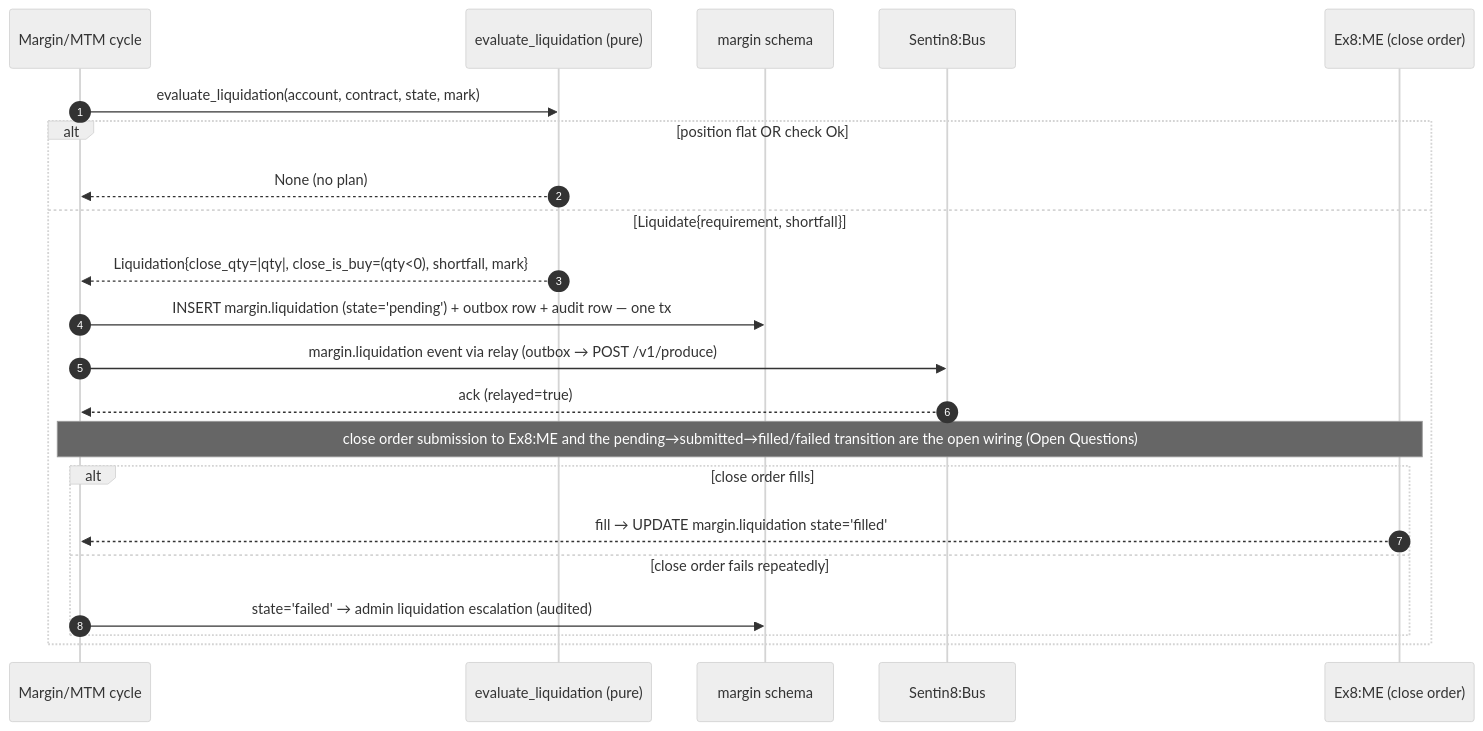
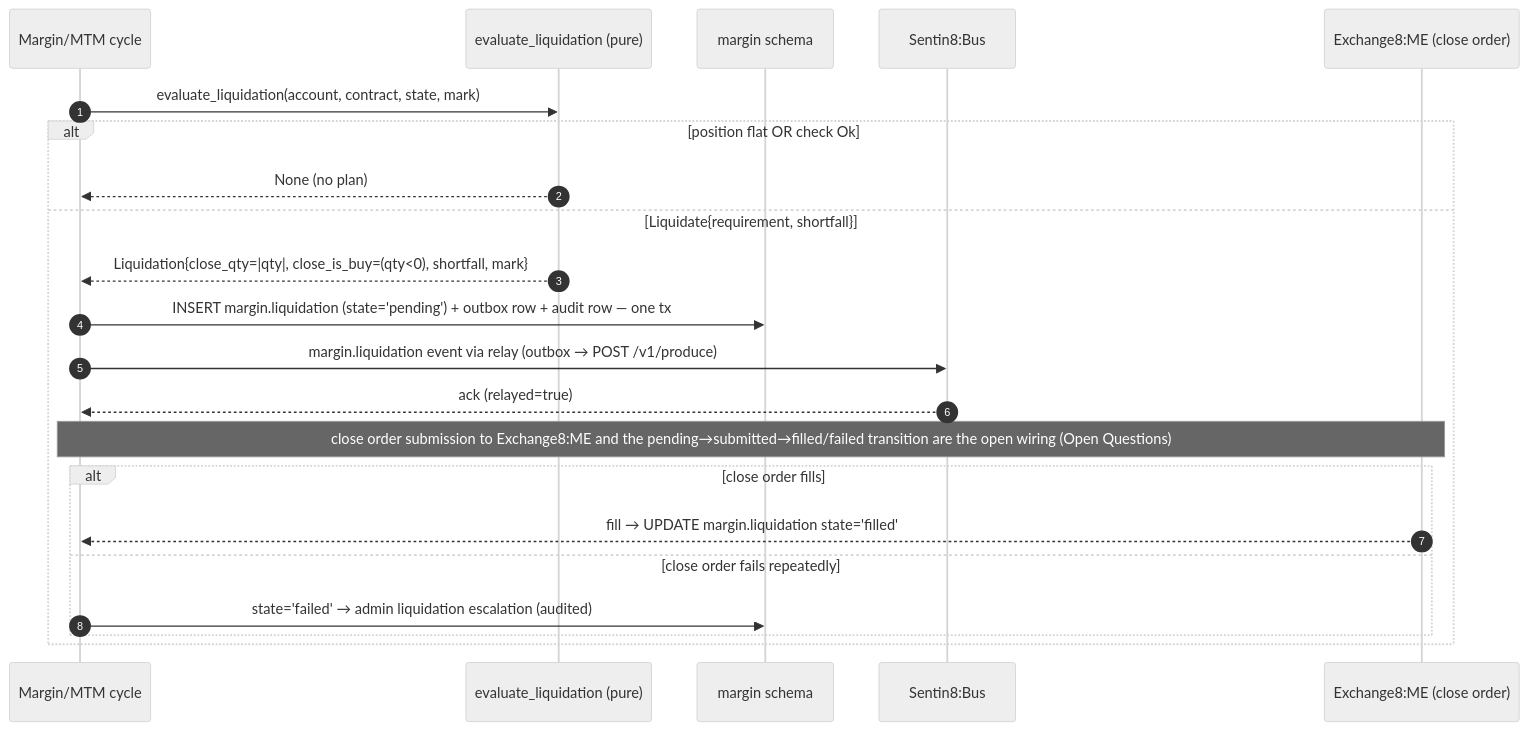
The sixth of 17 diagrams in DESIGN.md (Exchange8-dev/exchange8-margin), drawn with Mermaid (neutral theme) before and after one commit. The commit also changed other lines of this file and 10 other files, not shown here.

````diff
--- a/DESIGN.md
+++ b/DESIGN.md
@@ -257,25 +257,25 @@
 ```mermaid
 sequenceDiagram
     autonumber
     participant CY as Margin/MTM cycle
     participant CORE as evaluate_liquidation (pure)
     participant DB as margin schema
     participant BUS as Sentin8:Bus
-    participant ME as Ex8:ME (close order)
+    participant ME as Exchange8:ME (close order)
 
     CY->>CORE: evaluate_liquidation(account, contract, state, mark)
     alt position flat OR check Ok
         CORE-->>CY: None (no plan)
     else Liquidate{requirement, shortfall}
         CORE-->>CY: Liquidation{close_qty=|qty|, close_is_buy=(qty<0), shortfall, mark}
         CY->>DB: INSERT margin.liquidation (state='pending') + outbox row + audit row — one tx
         CY->>BUS: margin.liquidation event via relay (outbox → POST /v1/produce)
         BUS-->>CY: ack (relayed=true)
-        Note over CY,ME: close order submission to Ex8:ME and the pending→submitted→filled/failed transition are the open wiring (Open Questions)
+        Note over CY,ME: close order submission to Exchange8:ME and the pending→submitted→filled/failed transition are the open wiring (Open Questions)
         alt close order fills
             ME-->>CY: fill → UPDATE margin.liquidation state='filled'
         else close order fails repeatedly
             CY->>DB: state='failed' → admin liquidation escalation (audited)
         end
     end
 ```
````
